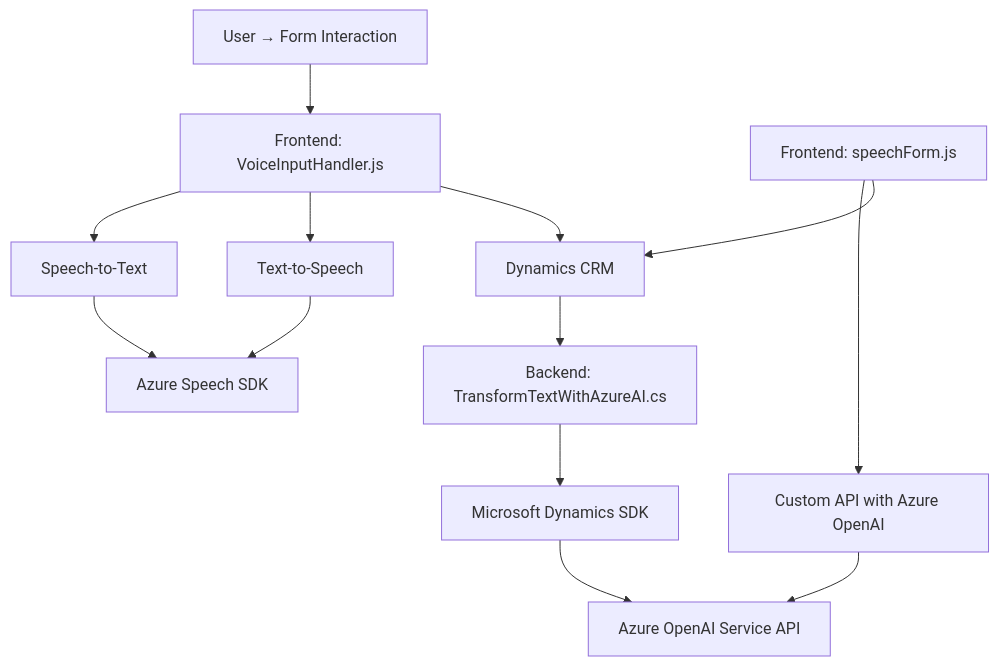
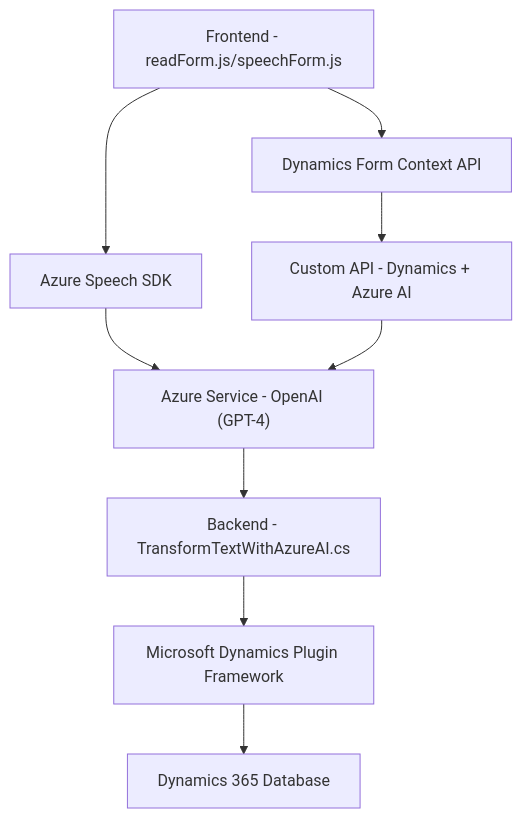
One commit to blopezdm/NETCORE_BILBAO2025 changed the diagram in README.md. Above: the diagram before and after it, drawn with Mermaid. The commit also changed other lines of this file, not shown here.

````diff
--- a/README.md
+++ b/README.md
@@ -37,27 +43,11 @@
 ```mermaid
 graph TD
-    A["Frontend: VoiceInputHandler.js"]
-    B["Frontend: speechForm.js"]
-    C["Backend: TransformTextWithAzureAI.cs"]
-    D["User → Form Interaction"]
-    E["Speech-to-Text"]
-    F["Text-to-Speech"]
-    G["Custom API with Azure OpenAI"]
-    H["Dynamics CRM"]
-    I["Azure Speech SDK"]
-    J["Azure OpenAI Service API"]
-    K["Microsoft Dynamics SDK"]
-
-    D --> A
-    A --> E
-    E --> I
-    A --> F
-    F --> I
-    A --> H
-    B --> G
-    G --> J
-    B --> H
-    H --> C
-    C --> K
-    K --> J
+    A["Frontend - readForm.js/speechForm.js"] --> B["Azure Speech SDK"]
+    A --> C["Dynamics Form Context API"]
+    C --> D["Custom API - Dynamics + Azure AI"]
+    B --> E["Azure Service - OpenAI (GPT-4)"]
+    D --> E 
+    E --> F["Backend - TransformTextWithAzureAI.cs"]
+    F --> G["Microsoft Dynamics Plugin Framework"]
+    G --> H["Dynamics 365 Database"]
 ```
````
